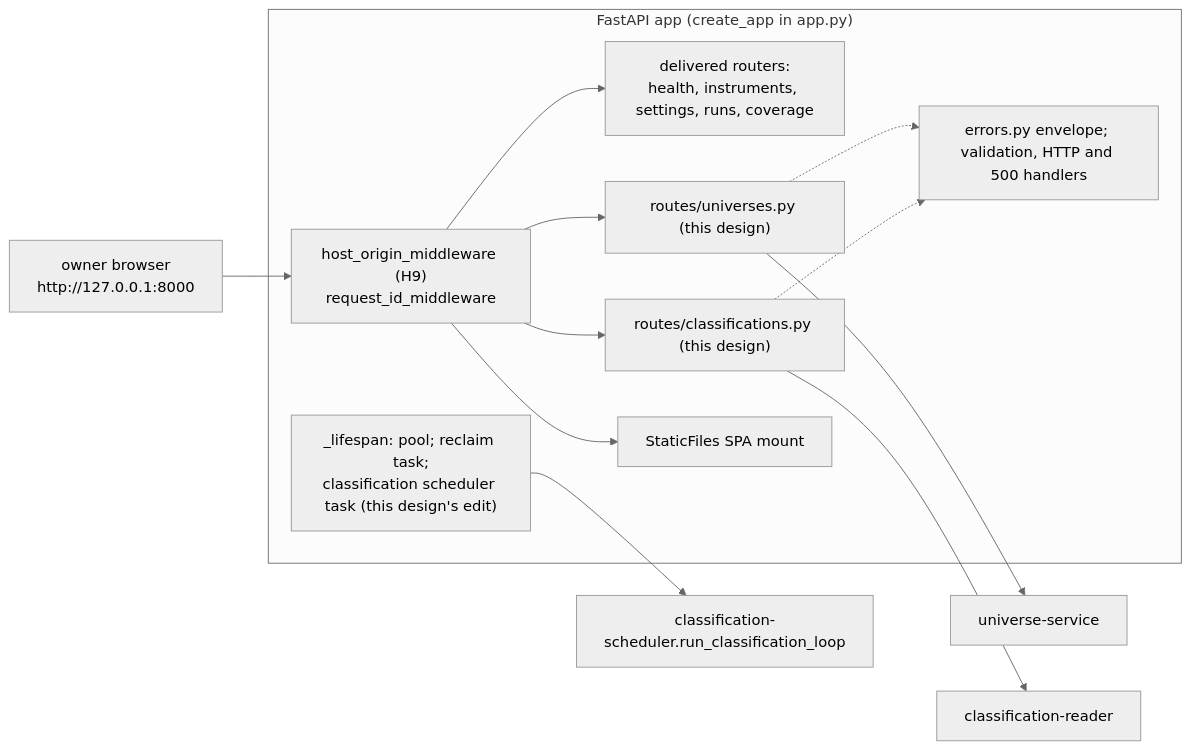
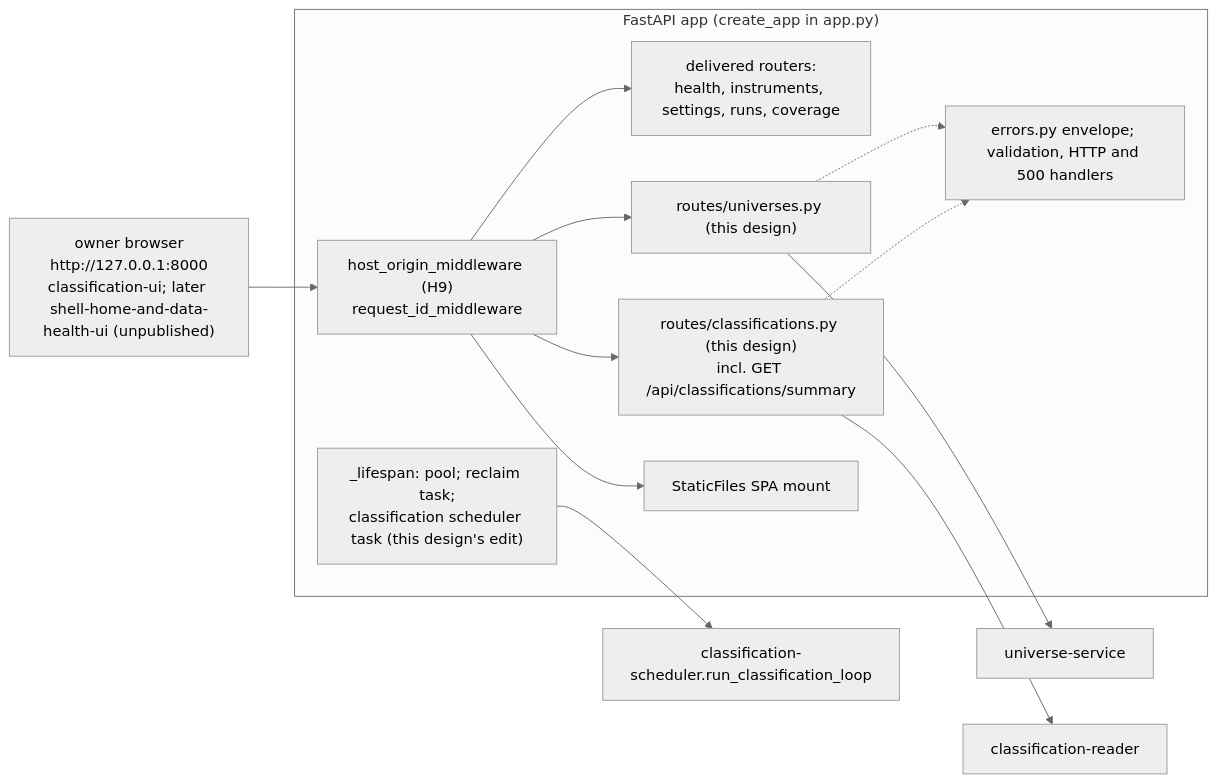
One commit to ajodraca/FactorFlow-v2 changed the first of 2 diagrams in docs/capabilities/CAP-002-universe-and-factor-classification/design/component-design-classification-api.md. Above: the diagram before and after it, drawn with Mermaid (neutral theme). The commit also changed other lines of this file and 2 other files, not shown here.

First line of the commit message:
docs(CAP-002): classification-ui, -api and -reader v2, aligned with S03 and the blueprint

````diff
--- a/docs/capabilities/CAP-002-universe-and-factor-classification/design/component-design-classification-api.md
+++ b/docs/capabilities/CAP-002-universe-and-factor-classification/design/component-design-classification-api.md
@@ -122,18 +149,18 @@
 ```mermaid
 flowchart LR
-    B["owner browser<br/>http://127.0.0.1:8000"] --> MW
+    B["owner browser<br/>http://127.0.0.1:8000<br/>classification-ui; later shell-home-and-data-health-ui (unpublished)"] --> MW
     subgraph APP["FastAPI app (create_app in app.py)"]
         MW["host_origin_middleware (H9)<br/>request_id_middleware"]
         MW --> D["delivered routers:<br/>health, instruments, settings, runs, coverage"]
         MW --> U["routes/universes.py (this design)"]
-        MW --> C["routes/classifications.py (this design)"]
+        MW --> C["routes/classifications.py (this design)<br/>incl. GET /api/classifications/summary"]
         MW --> S["StaticFiles SPA mount"]
         LS["_lifespan: pool; reclaim task;<br/>classification scheduler task (this design's edit)"]
         ERR["errors.py envelope; validation, HTTP and 500 handlers"]
     end
     U --> US["universe-service"]
     C --> CR["classification-reader"]
     LS --> SCH["classification-scheduler.run_classification_loop"]
     U -.-> ERR
     C -.-> ERR
 ```
````
